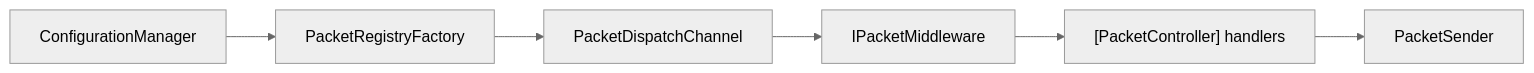
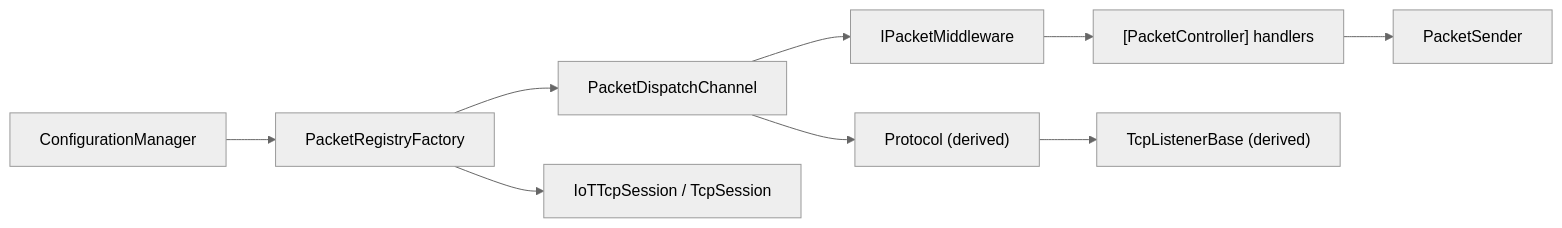
The diagram in docs/concepts/architecture.md (ppn-systems/nalix-docs), drawn with Mermaid (neutral theme) before and after one commit. The commit also changed other lines of this file and 9 other files, not shown here.

````diff
--- a/docs/concepts/architecture.md
+++ b/docs/concepts/architecture.md
@@ -22,8 +11,11 @@
 ```mermaid
 flowchart LR
-    Config["ConfigurationManager"] --> Registry["PacketRegistryFactory"]
-    Registry --> Channel["PacketDispatchChannel"]
-    Channel --> Middleware["IPacketMiddleware<IPacket>"]
-    Middleware --> Handlers["[PacketController] handlers"]
-    Handlers --> Sender["PacketSender"]
+    Config["ConfigurationManager"] --> Catalog["PacketRegistryFactory"]
+    Catalog --> Dispatch["PacketDispatchChannel"]
+    Dispatch --> MW["IPacketMiddleware"]
+    MW --> Handler["[PacketController] handlers"]
+    Handler --> Sender["PacketSender"]
+    Dispatch --> Protocol["Protocol (derived)"]
+    Protocol --> Listener["TcpListenerBase (derived)"]
+    Catalog --> Client["IoTTcpSession / TcpSession"]
 ```
````
